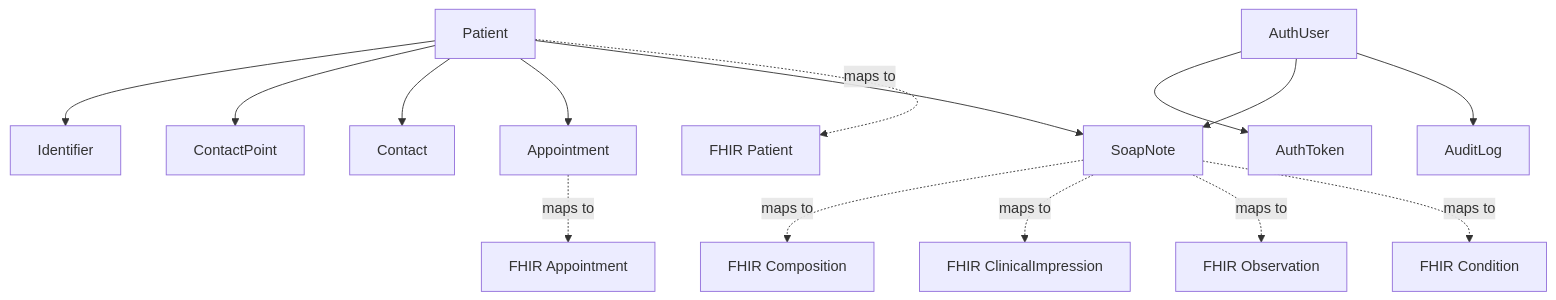
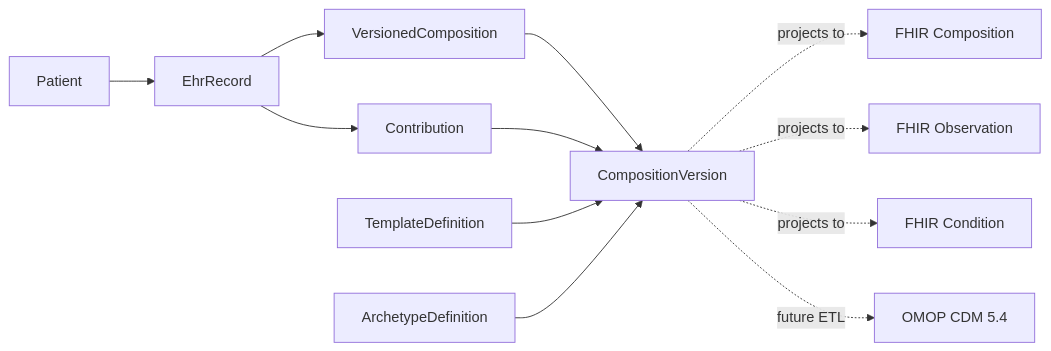
The diagram in README.md (filiperochalopes/fhir-soap-record), drawn with Mermaid before and after one commit. The commit also changed other lines of this file and 59 other files, not shown here.

First line of the commit message:
feat(ehr): implement clinical composition workflow

````diff
--- a/README.md
+++ b/README.md
@@ -40,18 +47,15 @@
 ```mermaid
-graph TD
-  Patient --> Identifier
-  Patient --> ContactPoint
-  Patient --> Contact
-  Patient --> Appointment
-  Patient --> SoapNote
-  AuthUser --> AuthToken
-  AuthUser --> SoapNote
-  AuthUser --> AuditLog
+flowchart LR
+  Patient --> EhrRecord
+  EhrRecord --> Contribution
+  EhrRecord --> VersionedComposition
+  VersionedComposition --> CompositionVersion
+  Contribution --> CompositionVersion
+  TemplateDefinition --> CompositionVersion
+  ArchetypeDefinition --> CompositionVersion
 
-  Patient -. maps to .-> FHIRPatient[FHIR Patient]
-  Appointment -. maps to .-> FHIRAppointment[FHIR Appointment]
-  SoapNote -. maps to .-> FHIRComposition[FHIR Composition]
-  SoapNote -. maps to .-> FHIRClinicalImpression[FHIR ClinicalImpression]
-  SoapNote -. maps to .-> FHIRObservation[FHIR Observation]
-  SoapNote -. maps to .-> FHIRCondition[FHIR Condition]
+  CompositionVersion -. projects to .-> FHIRComposition[FHIR Composition]
+  CompositionVersion -. projects to .-> FHIRObservation[FHIR Observation]
+  CompositionVersion -. projects to .-> FHIRCondition[FHIR Condition]
+  CompositionVersion -. future ETL .-> OMOP[OMOP CDM 5.4]
 ```
````
